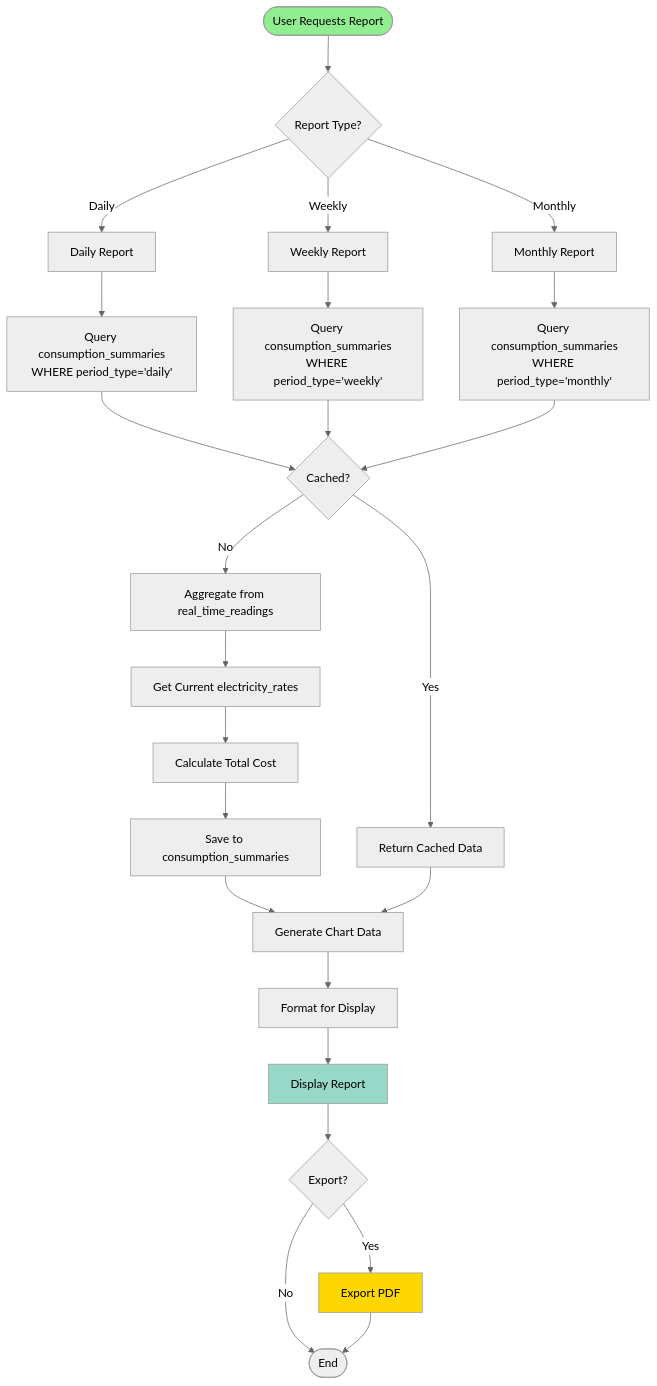
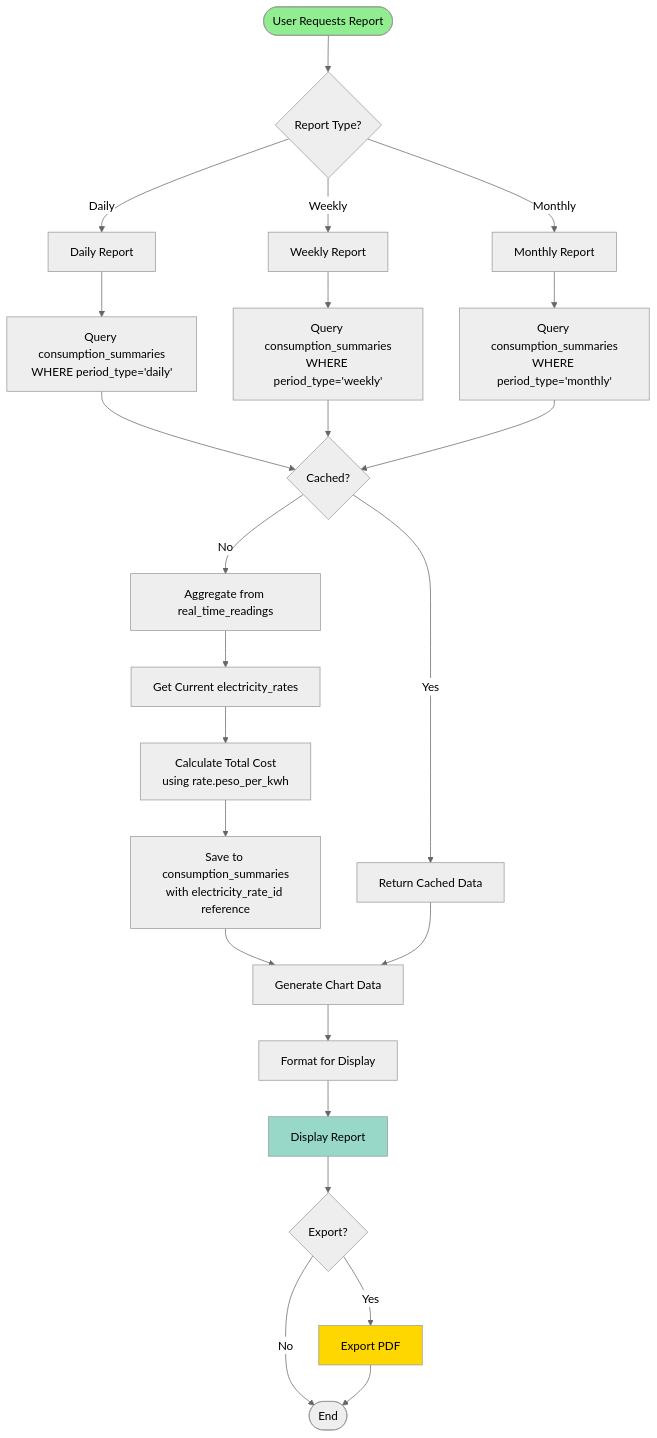
One commit to IrieSkid/capstone-non-intrusive-load-monitoring-device-mobile-application changed the fifth of 5 diagrams in Documentation/database-design/system-flowchart.md. Above: the diagram before and after it, drawn with Mermaid (neutral theme). The commit also changed other lines of this file and 5 other files, not shown here.

````diff
--- a/Documentation/database-design/system-flowchart.md
+++ b/Documentation/database-design/system-flowchart.md
@@ -178,35 +179,35 @@
 ```mermaid
 flowchart TD
     Start([User Requests Report]) --> SelectType{Report Type?}
     SelectType -->|Daily| DailyReport[Daily Report]
     SelectType -->|Weekly| WeeklyReport[Weekly Report]
     SelectType -->|Monthly| MonthlyReport[Monthly Report]
     
     DailyReport --> QueryDaily[Query consumption_summaries<br/>WHERE period_type='daily']
     WeeklyReport --> QueryWeekly[Query consumption_summaries<br/>WHERE period_type='weekly']
     MonthlyReport --> QueryMonthly[Query consumption_summaries<br/>WHERE period_type='monthly']
     
     QueryDaily --> CheckCache{Cached?}
     QueryWeekly --> CheckCache
     QueryMonthly --> CheckCache
     
     CheckCache -->|Yes| ReturnCache[Return Cached Data]
     CheckCache -->|No| AggregateData[Aggregate from real_time_readings]
     
     AggregateData --> GetRates[Get Current electricity_rates]
-    GetRates --> CalculateCost[Calculate Total Cost]
-    CalculateCost --> SaveSummary[Save to consumption_summaries]
+    GetRates --> CalculateCost[Calculate Total Cost<br/>using rate.peso_per_kwh]
+    CalculateCost --> SaveSummary[Save to consumption_summaries<br/>with electricity_rate_id reference]
     SaveSummary --> GenerateChart[Generate Chart Data]
     ReturnCache --> GenerateChart
     
     GenerateChart --> FormatData[Format for Display]
     FormatData --> DisplayReport[Display Report]
     DisplayReport --> ExportOption{Export?}
     ExportOption -->|Yes| ExportPDF[Export PDF]
     ExportOption -->|No| End([End])
     ExportPDF --> End
     
     style Start fill:#90EE90
     style DisplayReport fill:#98D8C8
     style ExportPDF fill:#FFD700
 ```
````
